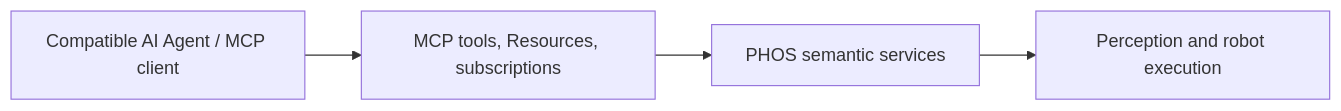
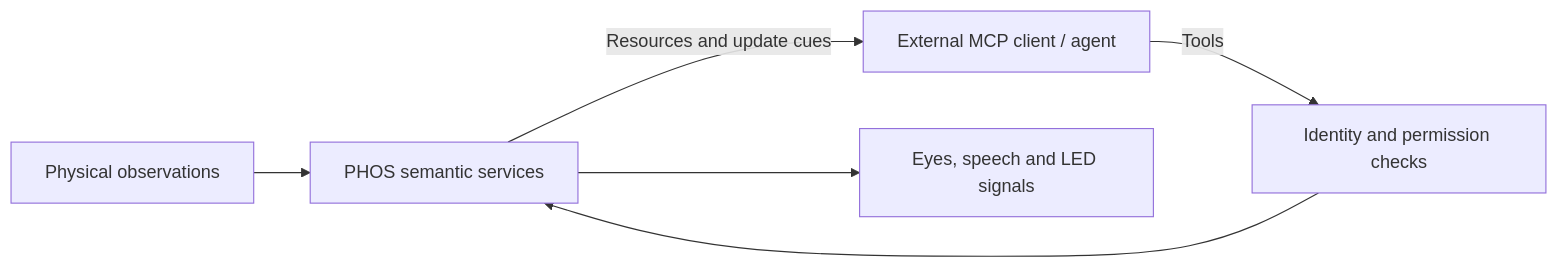
One commit to phosairobot/phos changed the first of 5 diagrams in docs/mcp-overview.md. Above: the diagram before and after it, drawn with Mermaid. The commit also changed other lines of this file and 64 other files, not shown here.

````diff
--- a/docs/mcp-overview.md
+++ b/docs/mcp-overview.md
@@ -5,6 +9,7 @@
 ```mermaid
 flowchart LR
-  A[Compatible AI Agent / MCP client] --> M[MCP tools, Resources, subscriptions]
-  M --> S[PHOS semantic services]
-  S --> P[Perception and robot execution]
+  P[Physical observations] --> S[PHOS semantic services]
+  S -->|Resources and update cues| A[External MCP client / agent]
+  A -->|Tools| G[Identity and permission checks]
+  G --> S --> O[Eyes, speech and LED signals]
 ```
````
